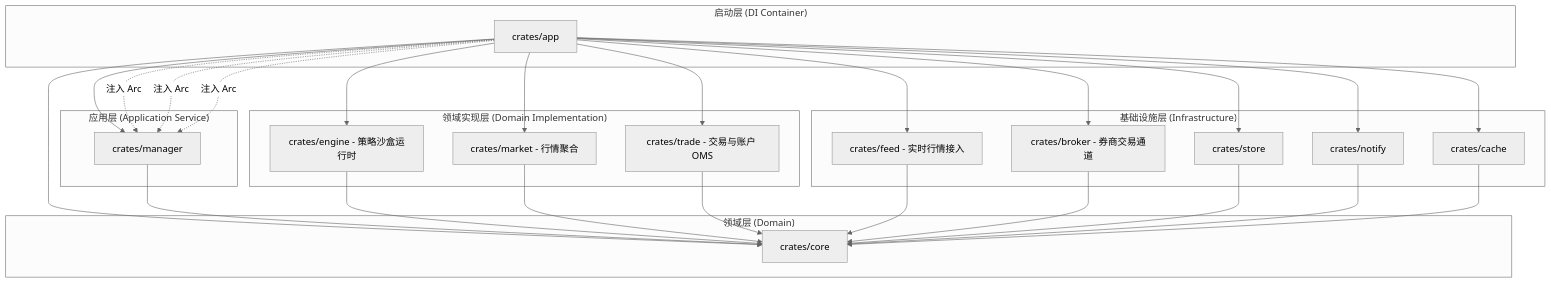
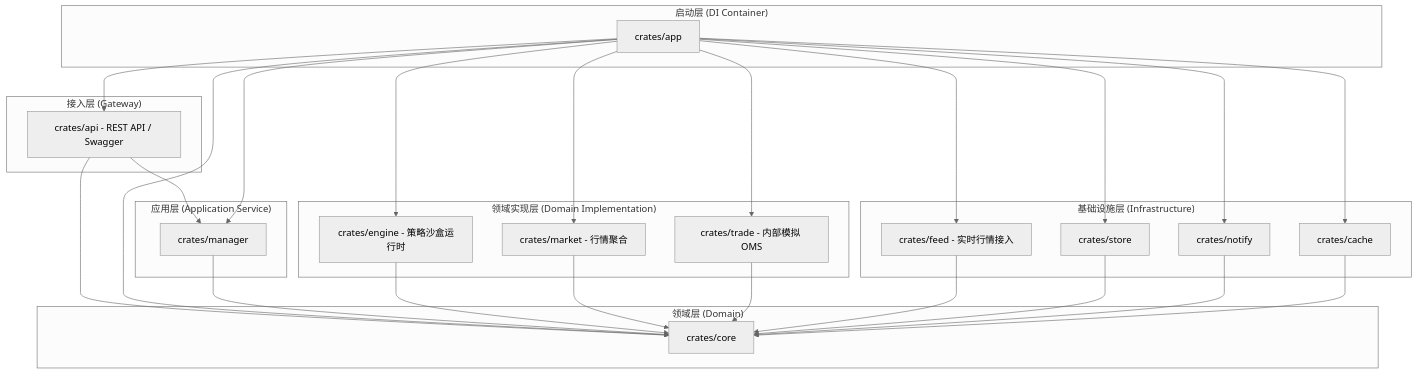
The diagram in docs/architecture.md (moexco/okane), drawn with Mermaid (neutral theme) before and after one commit. The commit also changed other lines of this file and 3 other files, not shown here.

````diff
--- a/docs/architecture.md
+++ b/docs/architecture.md
@@ -5,59 +5,58 @@
 ```mermaid
 graph TB
+    subgraph "接入层 (Gateway)"
+        API[crates/api - REST API / Swagger]
+    end
+
     subgraph "启动层 (DI Container)"
         App[crates/app]
     end
 
     subgraph "应用层 (Application Service)"
         Manager[crates/manager]
     end
 
     subgraph "领域实现层 (Domain Implementation)"
         MarketImpl[crates/market - 行情聚合]
-        TradeImpl[crates/trade - 交易与账户 OMS]
+        TradeImpl[crates/trade - 内部模拟 OMS]
         Engine[crates/engine - 策略沙盒运行时]
     end
 
     subgraph "领域层 (Domain)"
         Core[crates/core]
     end
 
     subgraph "基础设施层 (Infrastructure)"
         Feed[crates/feed - 实时行情接入]
-        Broker[crates/broker - 券商交易通道]
         Store[crates/store]
         Notify[crates/notify]
         Cache[crates/cache]
+        %% Broker[crates/broker - 实盘通道 计划中]
     end
 
     %% 编译期依赖关系
-    %% App 是唯一知道所有具体实现的组装点
+    API --> Manager
+    API --> Core
+    
+    App --> API
     App --> Manager
     App --> Engine
     App --> Feed
-    App --> Broker
     App --> Store
     App --> Notify
     App --> MarketImpl
     App --> TradeImpl
     App --> Cache
     App --> Core
 
-    %% Manager 编译期仅依赖 Core
     Manager --> Core
 
-    %% 所有实现层编译期仅依赖 Core
+    %% 实现层依赖
     Engine --> Core
     MarketImpl --> Core
     TradeImpl --> Core
     Feed --> Core
-    Broker --> Core
     Store --> Core
     Notify --> Core
     Cache --> Core
-
-    %% 运行时注入关系 (App 在 main 中通过 Arc<dyn Trait> 注入)
-    App -. "注入 Arc<dyn Market>" .-> Manager
-    App -. "注入 Arc<dyn StrategyStore>" .-> Manager
-    App -. "注入 Arc<dyn EngineBuilder>" .-> Manager
 ```
````
